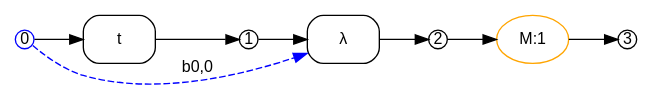
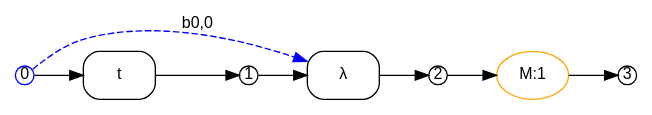
Before and after one commit to ammatsui/bhypvis: the diagram in crates/bhyp/images/test_example_beta_rule_instance_v_to_lambda_x_tx/instantiated_R_after_substitution.dot, drawn with Graphviz. The commit also changed other lines of this file and 418 other files, not shown here.

```diff
--- a/crates/bhyp/images/test_example_beta_rule_instance_v_to_lambda_x_tx/instantiated_R_after_substitution.dot
+++ b/crates/bhyp/images/test_example_beta_rule_instance_v_to_lambda_x_tx/instantiated_R_after_substitution.dot
@@ -1,29 +1,29 @@
 digraph instantiated_R_after_substitution {
   fontname="Helvetica"
   fontsize=12
   rankdir=LR;
   node [fontname="Helvetica", fontsize=12];
   edge [fontname="Helvetica", fontsize=12];
 
   // Nodes
+  n3 [label="3", shape=circle, style=filled, fillcolor=white, color="black", width=0.2, height=0.2, fixedsize=true];
+  n0 [label="0", shape=circle, style=filled, fillcolor=white, color="blue", width=0.2, height=0.2, fixedsize=true];
   n1 [label="1", shape=circle, style=filled, fillcolor=white, color="black", width=0.2, height=0.2, fixedsize=true];
-  n0 [label="0", shape=circle, style=filled, fillcolor=white, color="blue", width=0.2, height=0.2, fixedsize=true];
   n2 [label="2", shape=circle, style=filled, fillcolor=white, color="black", width=0.2, height=0.2, fixedsize=true];
-  n3 [label="3", shape=circle, style=filled, fillcolor=white, color="black", width=0.2, height=0.2, fixedsize=true];
 
   // Hyperedges
-  e0 [label="t", shape=box, style=rounded, color="black"];
   e1 [label="λ", shape=box, style=rounded, color="black"];
   e2 [label="M:1", shape=ellipse, style=rounded, color="orange"];
+  e0 [label="t", shape=box, style=rounded, color="black"];
 
   // Source connections
-  n0 -> e0 [label=""];
   n1 -> e1 [label=""];
   n0 -> e1 [style=dashed, color="blue", constraint=false, label="b0,0"];
   n2 -> e2 [label=""];
+  n0 -> e0 [label=""];
 
   // Target connections
-  e0 -> n1 [label=""];
   e1 -> n2 [label=""];
   e2 -> n3 [label=""];
+  e0 -> n1 [label=""];
 }
```
